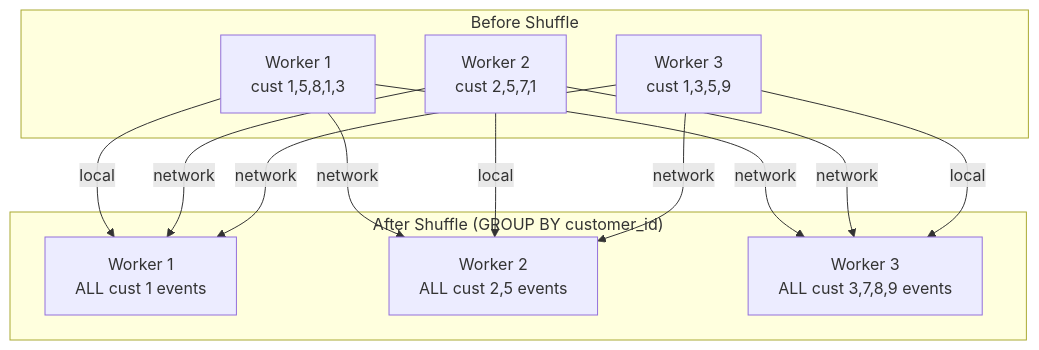
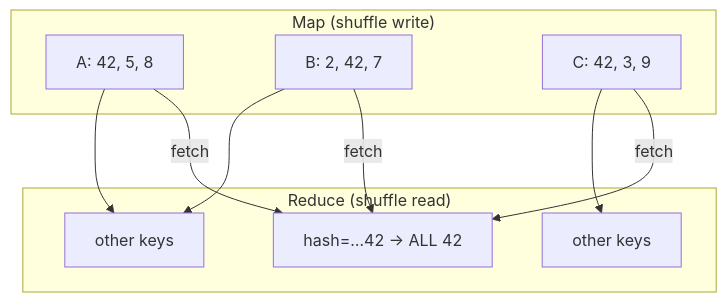
The diagram in docs/spark/shuffle.md (sanketn26/data-engineering), drawn with Mermaid before and after one commit. The commit also changed other lines of this file and 20 other files, not shown here.

````diff
--- a/docs/spark/shuffle.md
+++ b/docs/spark/shuffle.md
@@ -63,24 +53,19 @@
 ```mermaid
 graph TD
-    subgraph "Before Shuffle"
-        W1["Worker 1\ncust 1,5,8,1,3"]
-        W2["Worker 2\ncust 2,5,7,1"]
-        W3["Worker 3\ncust 1,3,5,9"]
+    subgraph "Map (shuffle write)"
+        W1["A: 42, 5, 8"]
+        W2["B: 2, 42, 7"]
+        W3["C: 42, 3, 9"]
     end
-
-    subgraph "After Shuffle (GROUP BY customer_id)"
-        R1["Worker 1\nALL cust 1 events"]
-        R2["Worker 2\nALL cust 2,5 events"]
-        R3["Worker 3\nALL cust 3,7,8,9 events"]
+    subgraph "Reduce (shuffle read)"
+        R1["hash=…42 → ALL 42"]
+        R2["other keys"]
+        R3["other keys"]
     end
-
-    W1 -->|"network"| R2
-    W1 -->|"local"| R1
-    W1 -->|"network"| R3
-    W2 -->|"network"| R1
-    W2 -->|"local"| R2
-    W2 -->|"network"| R3
-    W3 -->|"network"| R1
-    W3 -->|"network"| R2
-    W3 -->|"local"| R3
+    W1 -->|"fetch"| R1
+    W2 -->|"fetch"| R1
+    W3 -->|"fetch"| R1
+    W1 --> R2
+    W2 --> R2
+    W3 --> R3
 ```
````
